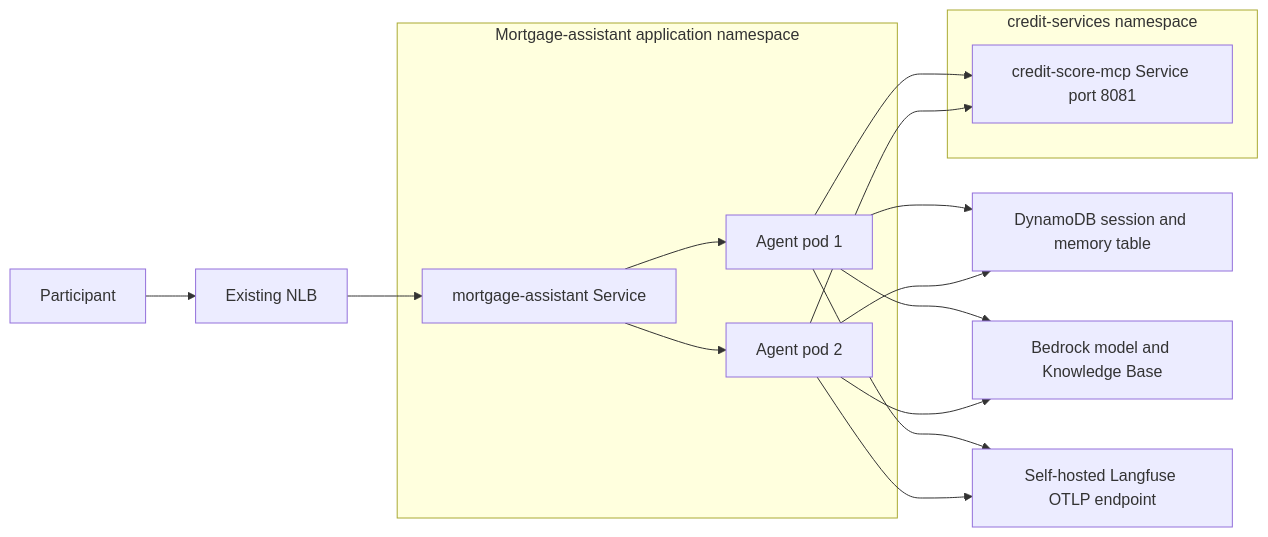
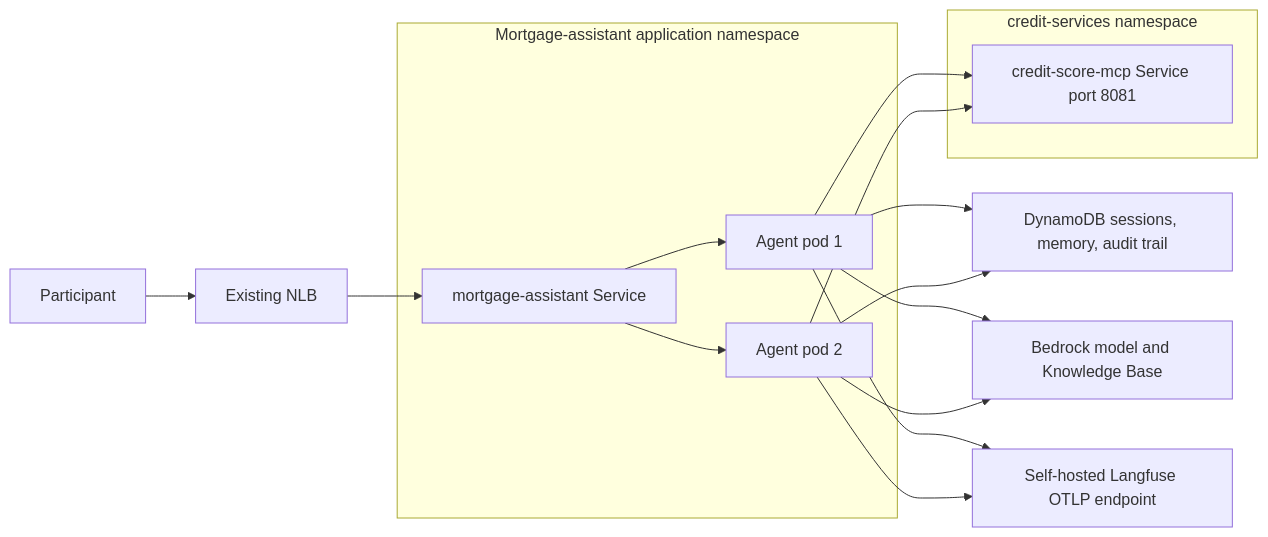
The diagram in 06-mcp-credit-score/README.md (santoshkulk/agent-eks), drawn with Mermaid before and after one commit. The commit also changed other lines of this file and 120 other files, not shown here.

````diff
--- a/06-mcp-credit-score/README.md
+++ b/06-mcp-credit-score/README.md
@@ -16,25 +28,25 @@
 ```mermaid
 flowchart LR
     participant[Participant] --> nlb[Existing NLB]
     nlb --> service[mortgage-assistant Service]
     service --> pod1[Agent pod 1]
     service --> pod2[Agent pod 2]
-    pod1 --> memory[DynamoDB session and memory table]
+    pod1 --> memory[DynamoDB sessions, memory, audit trail]
     pod2 --> memory
     pod1 --> kb[Bedrock model and Knowledge Base]
     pod2 --> kb
     pod1 --> mcp[credit-score-mcp Service port 8081]
     pod2 --> mcp
     pod1 --> langfuse[Self-hosted Langfuse OTLP endpoint]
     pod2 --> langfuse
 
     subgraph consumer[Mortgage-assistant application namespace]
         service
         pod1
         pod2
     end
 
     subgraph mcpserver[credit-services namespace]
         mcp
     end
 ```
````
